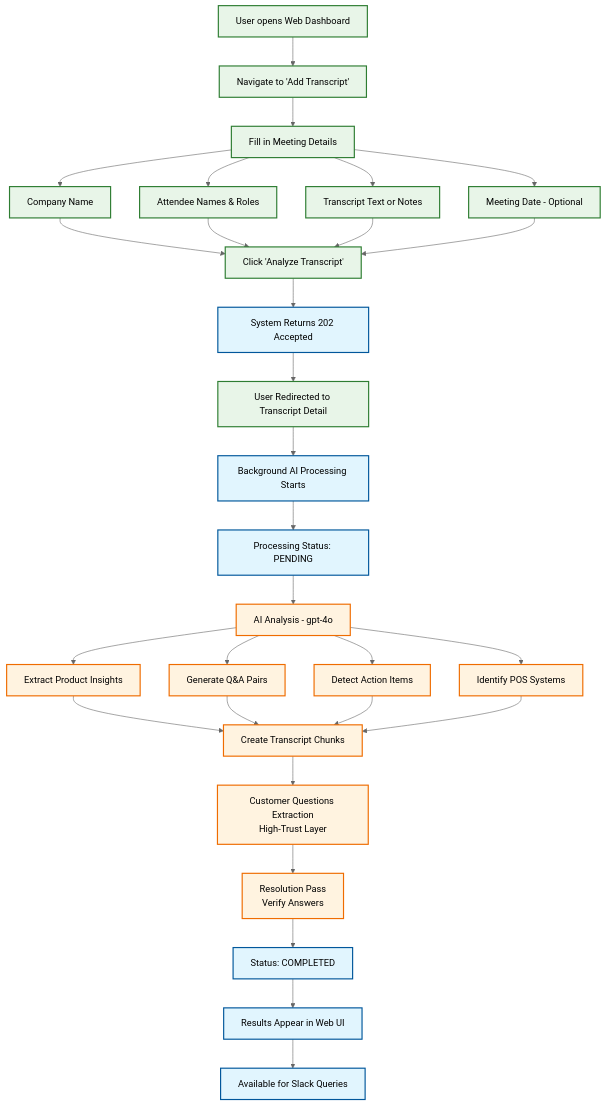
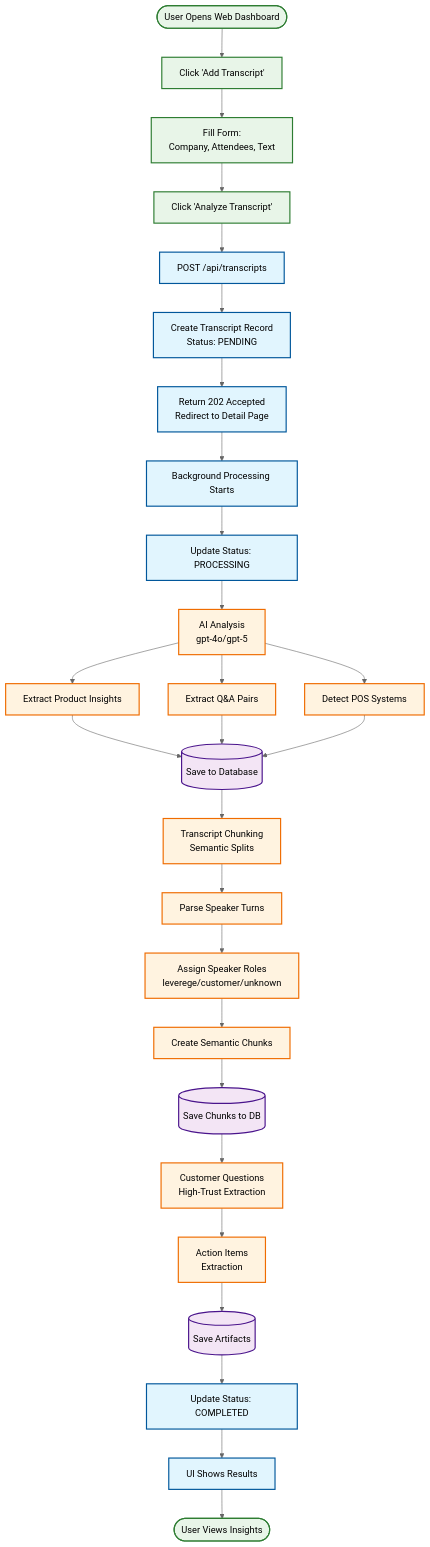
One commit to Ops-Team-Leverege/Mustard changed the first of 3 diagrams in docs/VISUAL_SYSTEM_DIAGRAMS.md. Above: the diagram before and after it, drawn with Mermaid (neutral theme). The commit also changed other lines of this file and 4 other files, not shown here.

````diff
--- a/docs/VISUAL_SYSTEM_DIAGRAMS.md
+++ b/docs/VISUAL_SYSTEM_DIAGRAMS.md
@@ -70,45 +19,47 @@
 ```mermaid
-graph TD
-    A[User opens Web Dashboard] --> B[Navigate to 'Add Transcript']
-    B --> C[Fill in Meeting Details]
-    C --> D[Company Name]
-    C --> E[Attendee Names & Roles]
-    C --> F[Transcript Text or Notes]
-    C --> G[Meeting Date - Optional]
+graph TB
+    Start([User Opens Web Dashboard]) --> Upload[Click 'Add Transcript']
+    Upload --> Form[Fill Form:<br/>Company, Attendees, Text]
+    Form --> Submit[Click 'Analyze Transcript']
     
-    D --> H[Click 'Analyze Transcript']
-    E --> H
-    F --> H
-    G --> H
+    Submit --> API[POST /api/transcripts]
+    API --> CreateRecord[Create Transcript Record<br/>Status: PENDING]
+    CreateRecord --> Return202[Return 202 Accepted<br/>Redirect to Detail Page]
     
-    H --> I[System Returns 202 Accepted]
-    I --> J[User Redirected to Transcript Detail]
-    J --> K[Background AI Processing Starts]
+    Return202 --> Background[Background Processing Starts]
     
-    K --> L[Processing Status: PENDING]
-    L --> M[AI Analysis - gpt-4o]
-    M --> N[Extract Product Insights]
-    M --> O[Generate Q&A Pairs]
-    M --> P[Detect Action Items]
-    M --> Q[Identify POS Systems]
+    Background --> UpdateStatus1[Update Status: PROCESSING]
+    UpdateStatus1 --> AIAnalysis[AI Analysis<br/>gpt-4o/gpt-5]
     
-    N --> R[Create Transcript Chunks]
-    O --> R
-    P --> R
-    Q --> R
+    AIAnalysis --> Extract1[Extract Product Insights]
+    AIAnalysis --> Extract2[Extract Q&A Pairs]
+    AIAnalysis --> Extract3[Detect POS Systems]
     
-    R --> S[Customer Questions Extraction<br/>High-Trust Layer]
-    S --> T[Resolution Pass<br/>Verify Answers]
-    T --> U[Status: COMPLETED]
+    Extract1 --> SaveDB1[(Save to Database)]
+    Extract2 --> SaveDB1
+    Extract3 --> SaveDB1
     
-    U --> V[Results Appear in Web UI]
-    V --> W[Available for Slack Queries]
+    SaveDB1 --> Chunking[Transcript Chunking<br/>Semantic Splits]
+    Chunking --> ParseTurns[Parse Speaker Turns]
+    ParseTurns --> AssignRoles[Assign Speaker Roles<br/>leverege/customer/unknown]
+    AssignRoles --> CreateChunks[Create Semantic Chunks]
+    CreateChunks --> SaveChunks[(Save Chunks to DB)]
+    
+    SaveChunks --> HighTrust[Customer Questions<br/>High-Trust Extraction]
+    HighTrust --> ActionItems[Action Items<br/>Extraction]
+    ActionItems --> SaveArtifacts[(Save Artifacts)]
+    
+    SaveArtifacts --> Complete[Update Status: COMPLETED]
+    Complete --> UIUpdate[UI Shows Results]
+    UIUpdate --> End([User Views Insights])
     
     classDef user fill:#e8f5e8,stroke:#2e7d32,stroke-width:2px
-    classDef system fill:#e1f5fe,stroke:#01579b,stroke-width:2px
+    classDef api fill:#e1f5fe,stroke:#01579b,stroke-width:2px
     classDef ai fill:#fff3e0,stroke:#ef6c00,stroke-width:2px
+    classDef db fill:#f3e5f5,stroke:#4a148c,stroke-width:2px
     
-    class A,B,C,D,E,F,G,H,J user
-    class I,K,L,U,V,W system
-    class M,N,O,P,Q,R,S,T ai
+    class Start,Upload,Form,Submit,End user
+    class API,CreateRecord,Return202,Background,UpdateStatus1,Complete,UIUpdate api
+    class AIAnalysis,Extract1,Extract2,Extract3,Chunking,ParseTurns,AssignRoles,CreateChunks,HighTrust,ActionItems ai
+    class SaveDB1,SaveChunks,SaveArtifacts db
 ```
````
